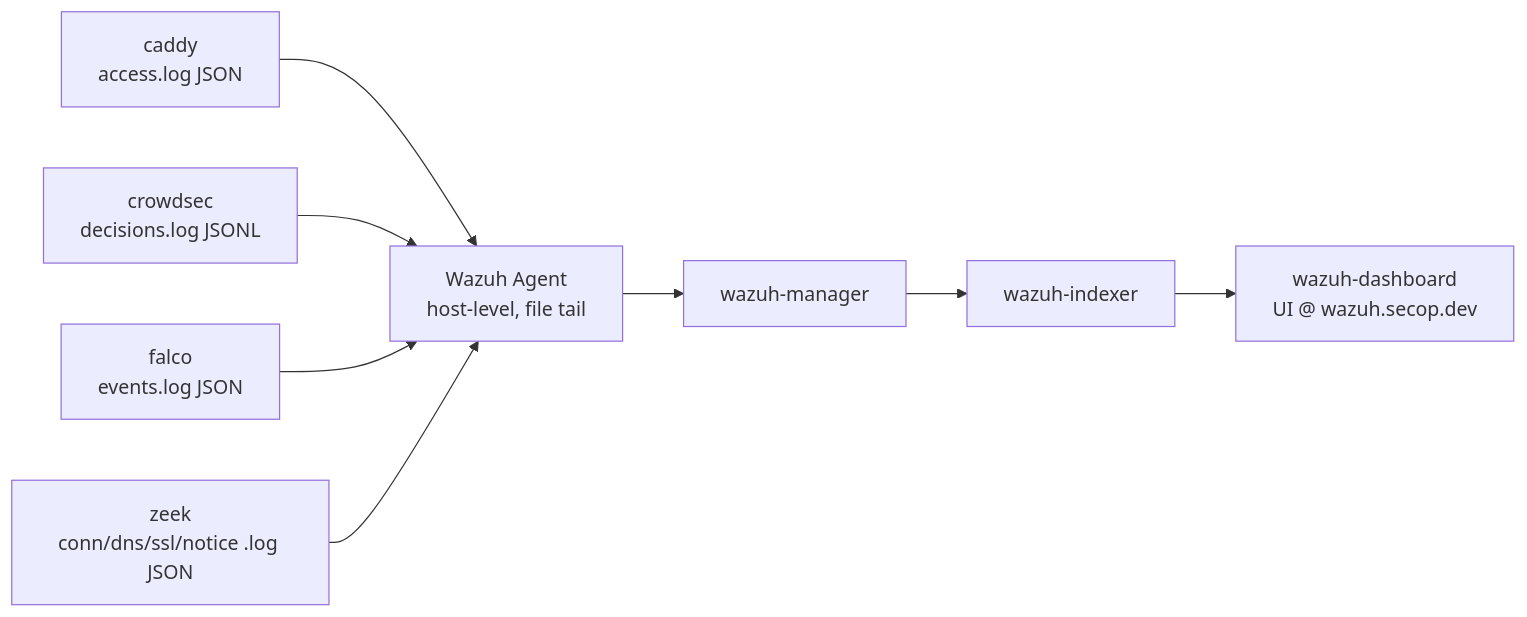
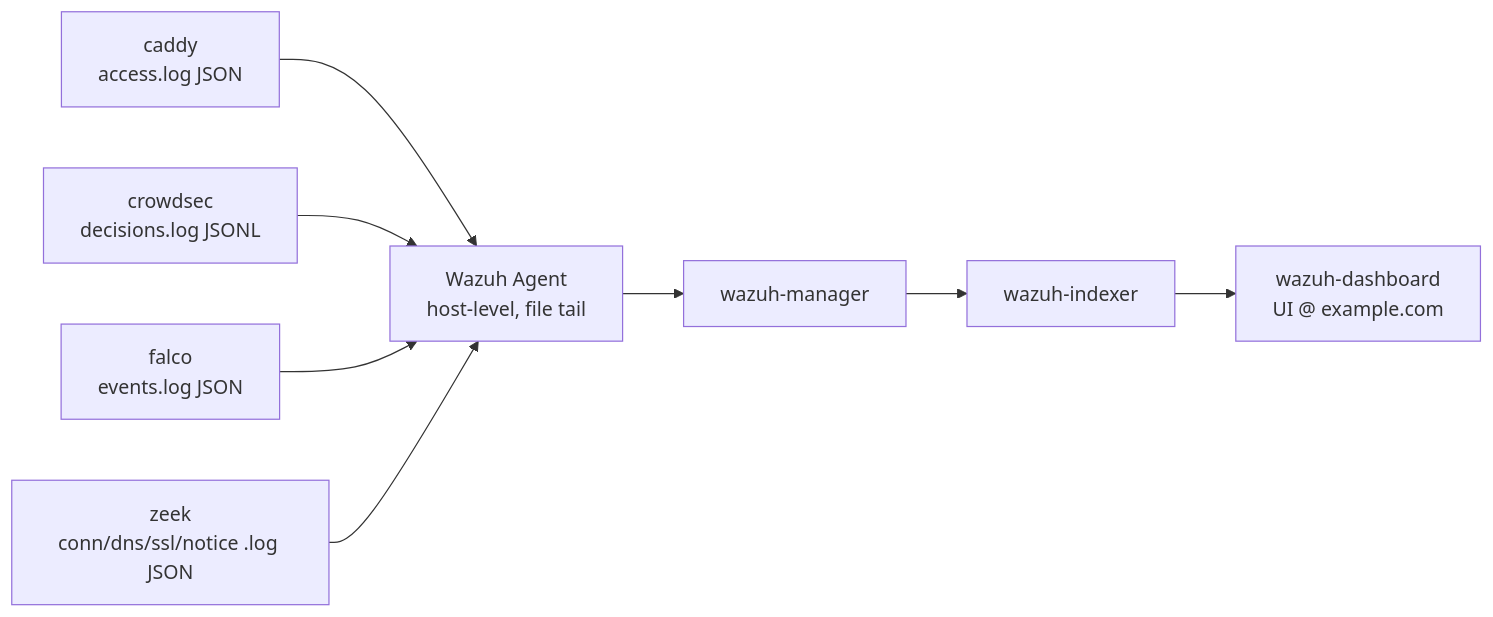
One commit to secopdotdev/OpeNirvana changed the fifth of 5 diagrams in README.md. Above: the diagram before and after it, drawn with Mermaid. The commit also changed other lines of this file and 131 other files, not shown here.

````diff
--- a/README.md
+++ b/README.md
@@ -186,10 +186,10 @@
 ```mermaid
 flowchart LR
     CAD[caddy<br/>access.log JSON] --> WA
     CS[crowdsec<br/>decisions.log JSONL] --> WA
     FL[falco<br/>events.log JSON] --> WA
     ZK[zeek<br/>conn/dns/ssl/notice .log JSON] --> WA
     WA[Wazuh Agent<br/>host-level, file tail] --> WM[wazuh-manager]
     WM --> WI[wazuh-indexer]
-    WI --> WD[wazuh-dashboard<br/>UI @ wazuh.secop.dev]
+    WI --> WD[wazuh-dashboard<br/>UI @ example.com]
 ```
````
